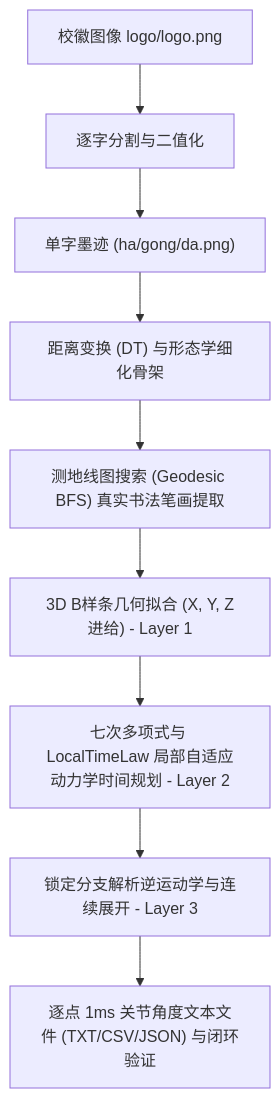
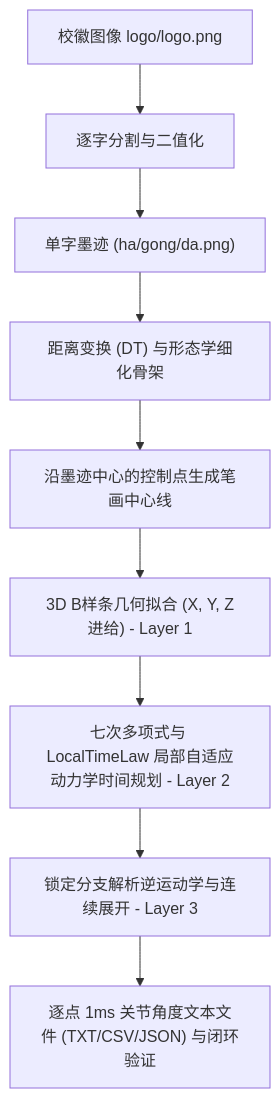
Before and after one commit to F1sh-Fang/robotics-coursework: the diagram in doc/IMPLEMENTATION.md, drawn with Mermaid. The commit also changed other lines of this file and 5 other files, not shown here.

````diff
--- a/doc/IMPLEMENTATION.md
+++ b/doc/IMPLEMENTATION.md
@@ -11,11 +11,11 @@
 ```mermaid
 flowchart TD
     A["校徽图像 logo/logo.png"] --> B["逐字分割与二值化"]
     B --> C["单字墨迹 (ha/gong/da.png)"]
     C --> D["距离变换 (DT) 与形态学细化骨架"]
-    D --> E["测地线图搜索 (Geodesic BFS) 真实书法笔画提取"]
+    D --> E["沿墨迹中心的控制点生成笔画中心线"]
     E --> F["3D B样条几何拟合 (X, Y, Z进给) - Layer 1"]
     F --> G["七次多项式与 LocalTimeLaw 局部自适应动力学时间规划 - Layer 2"]
     G --> H["锁定分支解析逆运动学与连续展开 - Layer 3"]
     H --> I["逐点 1ms 关节角度文本文件 (TXT/CSV/JSON) 与闭环验证"]
 ```
````
